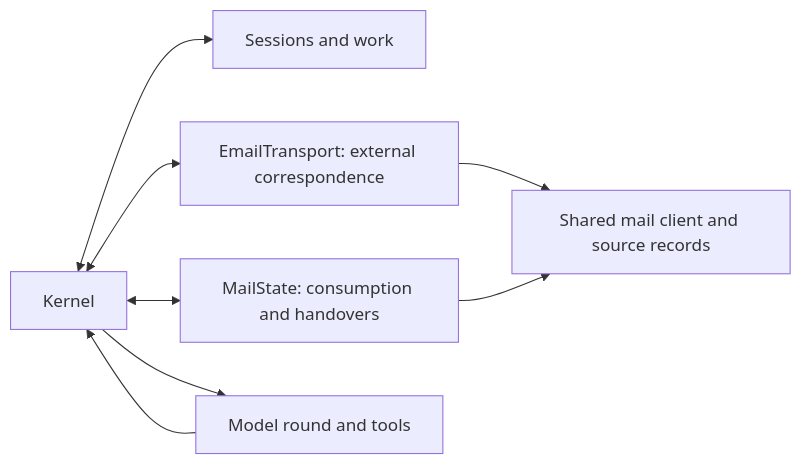
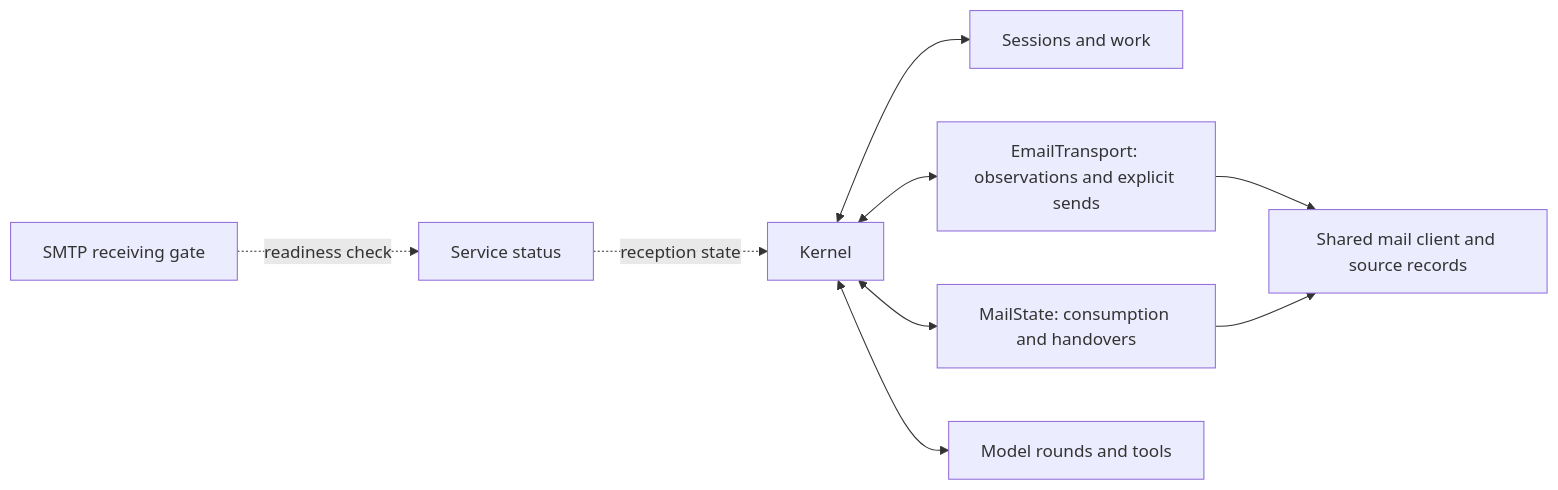
One commit to Ivenna/Ivenna changed the diagram in docs/architecture.md. Above: the diagram before and after it, drawn with Mermaid. The commit also changed other lines of this file and 31 other files, not shown here.

````diff
--- a/docs/architecture.md
+++ b/docs/architecture.md
@@ -47,10 +33,11 @@
 ```mermaid
 flowchart LR
-    Kernel[Kernel] <--> Sessions[Sessions and work]
-    Kernel <--> Email[EmailTransport: external correspondence]
+    Gateway[SMTP receiving gate] -. readiness check .-> Service[Service status]
+    Service -. reception state .-> Kernel[Kernel]
+    Kernel <--> Sessions[Sessions and work]
+    Kernel <--> Email[EmailTransport: observations and explicit sends]
     Kernel <--> State[MailState: consumption and handovers]
     Email --> Shared[Shared mail client and source records]
     State --> Shared
-    Kernel --> Engine[Model round and tools]
-    Engine --> Kernel
+    Kernel <--> Engine[Model rounds and tools]
 ```
````
